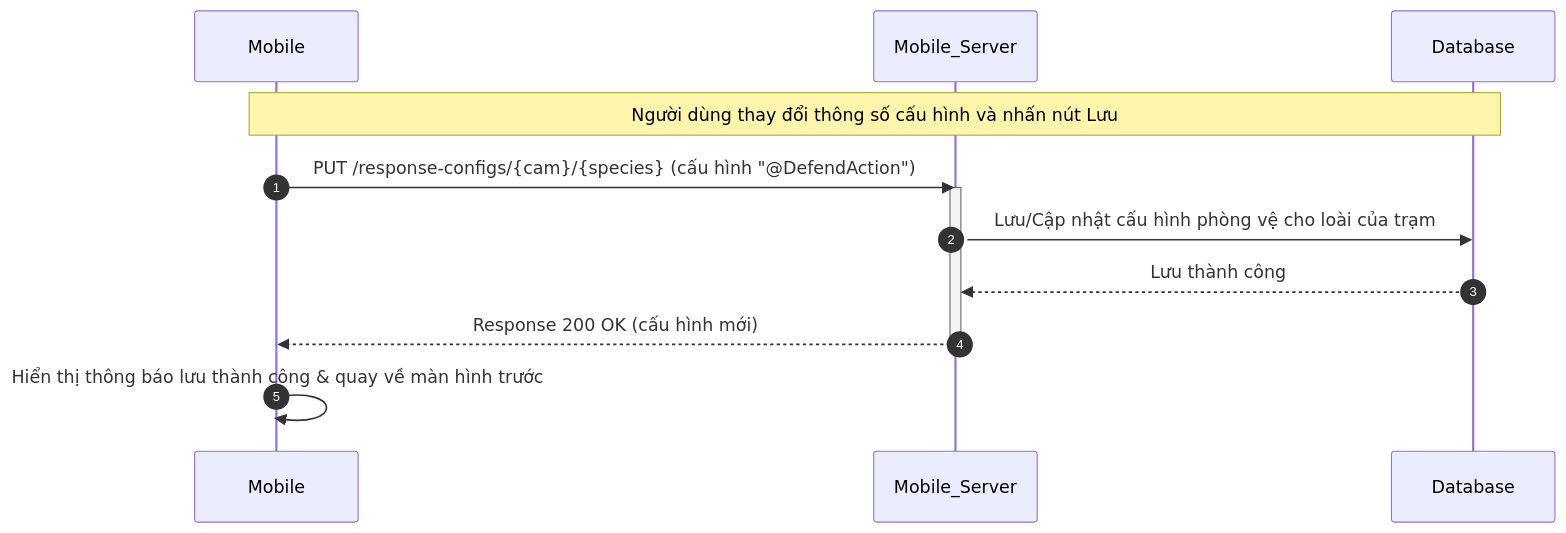
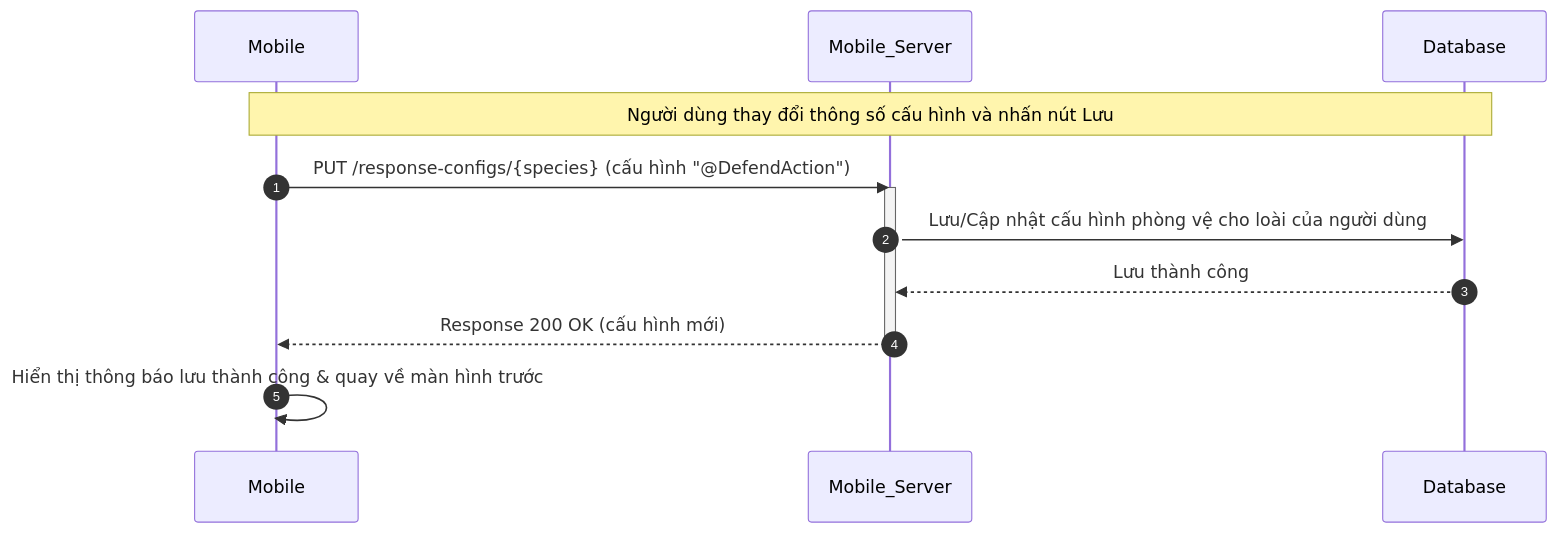
Before and after one commit to trungnguyenthien/Wildlife-Warning-and-Deterrence-System: diagram 15 of 19 in docs/04-sequence-diagram.md, drawn with Mermaid. The commit also changed other lines of this file and 12 other files, not shown here.

Commit message:
refactor: reconfigure response settings to be user-specific instead of camera-specific in API and database schema

````diff
--- a/docs/04-sequence-diagram.md
+++ b/docs/04-sequence-diagram.md
@@ -516,16 +516,16 @@
 ```mermaid
 sequenceDiagram
     autonumber
     participant Mobile as Mobile
     participant Mobile_Server as Mobile_Server
     participant Database as Database
 
     Note over Mobile, Database: Người dùng thay đổi thông số cấu hình và nhấn nút Lưu
-    Mobile->>Mobile_Server: PUT /response-configs/{cam}/{species} (cấu hình "@DefendAction")
+    Mobile->>Mobile_Server: PUT /response-configs/{species} (cấu hình "@DefendAction")
     activate Mobile_Server
-    Mobile_Server->>Database: Lưu/Cập nhật cấu hình phòng vệ cho loài của trạm
+    Mobile_Server->>Database: Lưu/Cập nhật cấu hình phòng vệ cho loài của người dùng
     Database-->>Mobile_Server: Lưu thành công
     Mobile_Server-->>Mobile: Response 200 OK (cấu hình mới)
     deactivate Mobile_Server
     Mobile->>Mobile: Hiển thị thông báo lưu thành công & quay về màn hình trước
 ```
````
